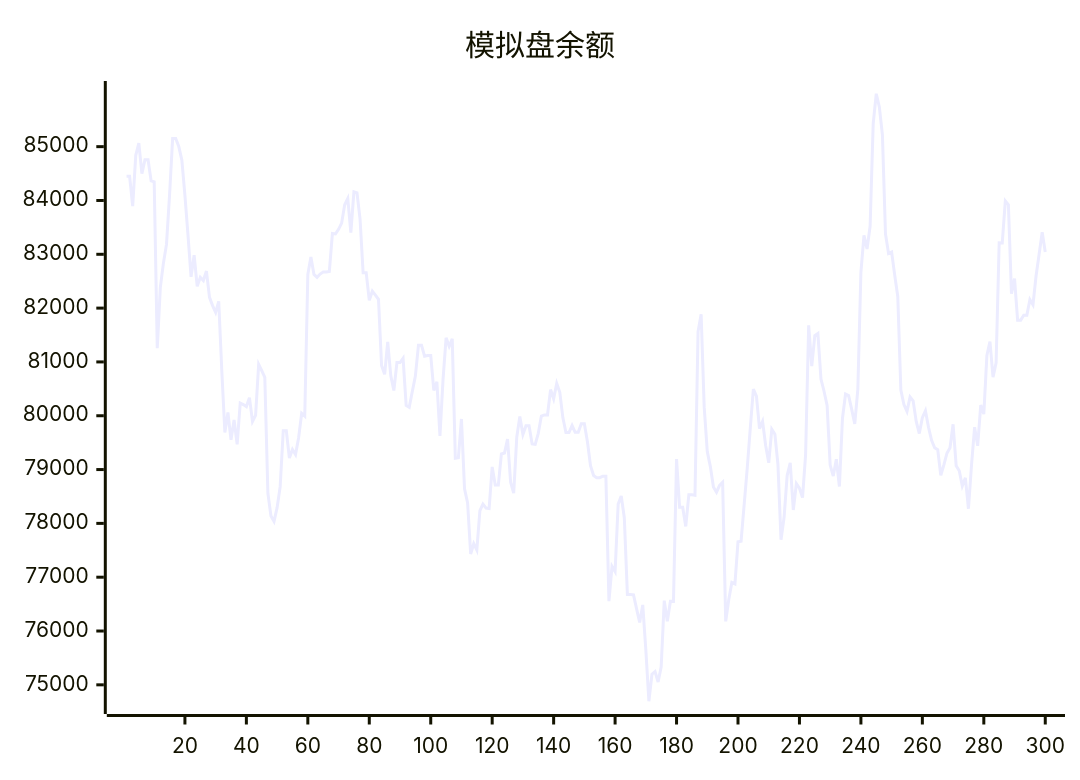
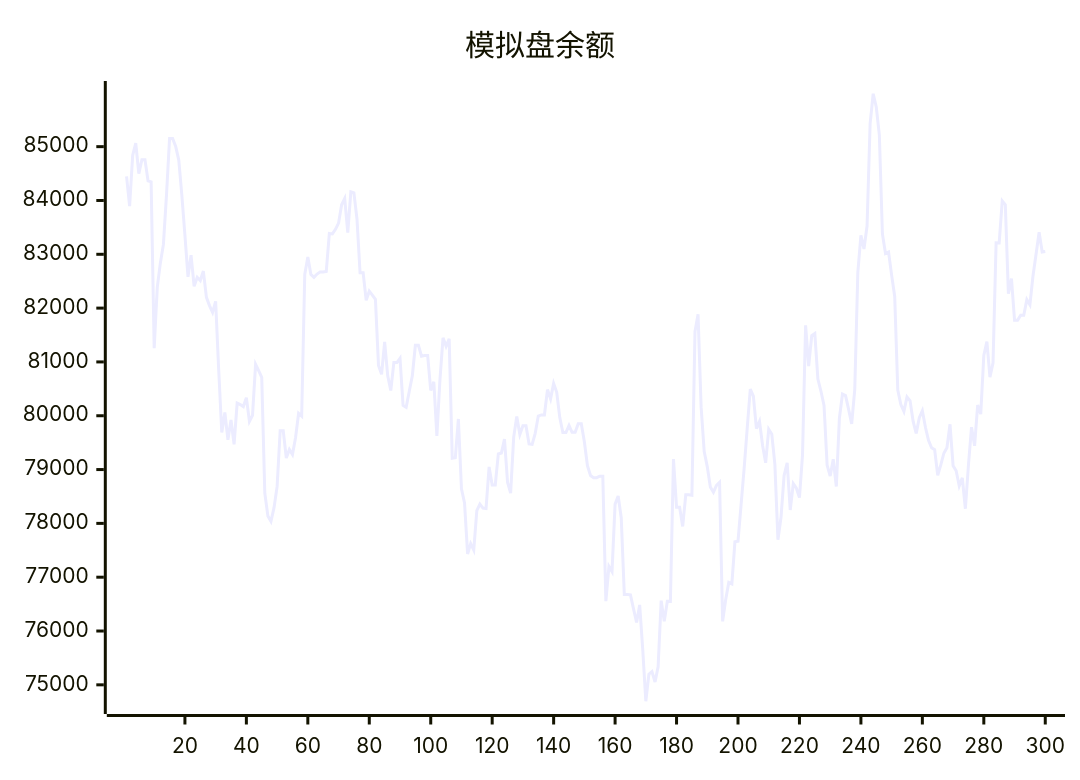
Before and after one commit to aahl/ai-trading: the diagram in README.md, drawn with Mermaid. The commit also changed other lines of this file and 1 other file, not shown here.

````diff
--- a/README.md
+++ b/README.md
@@ -5,5 +5,5 @@
 ```mermaid
 xychart
     title "模拟盘余额"
-    line [84448,84449,83896,84839,85065,84499,84757,84757,84364,84347,81254,82385,82835,83184,84099,85150,85150,85002,84751,84096,83356,82582,82983,82404,82572,82512,82688,82200,82047,81920,82125,80840,79688,80060,79552,79920,79470,80236,80208,80170,80336,79894,80006,80954,80837,80712,78561,78139,78037,78293,78682,79720,79720,79214,79372,79279,79591,80046,79993,82625,82950,82626,82571,82633,82670,82670,82681,83386,83378,83464,83579,83920,84037,83402,84160,84142,83652,82655,82655,82145,82315,82243,82163,80934,80770,81371,80742,80468,80989,80989,81067,80191,80155,80450,80737,81309,81309,81106,81119,81119,80471,80631,79624,80670,81448,81290,81429,79212,79222,79940,78643,78380,77432,77623,77504,78235,78358,78284,78277,79048,78714,78714,79290,79308,79567,78763,78563,79603,79988,79652,79813,79813,79476,79469,79673,79995,80015,80015,80486,80314,80600,80436,79966,79689,79689,79819,79692,79692,79850,79850,79518,79071,78889,78850,78850,78878,78878,76554,77202,77103,78357,78510,78106,76678,76677,76672,76411,76159,76485,75656,74695,75197,75246,75052,75334,76564,76179,76553,76551,79196,78300,78300,77944,78531,78531,78521,81564,81884,80160,79335,79055,78675,78580,78708,78764,76179,76586,76902,76876,77658,77669,78346,79023,79769,80497,80366,79761,79896,79448,79126,79749,79658,79097,77695,78114,78888,79126,78249,78738,78653,78478,79271,81680,80923,81488,81527,80681,80455,80190,79084,78879,79193,78686,79954,80403,80374,80118,79848,80491,82665,83351,83098,83525,85430,85983,85737,85221,83378,83014,83043,82613,82216,80477,80208,80081,80348,80277,79894,79670,79965,80093,79786,79542,79406,79371,78893,79087,79304,79406,79841,79072,78978,78696,78846,78272,79085,79787,79442,80198,80031,81120,81379,80718,80985,83214,83212,83993,83921,82270,82547,81776,81776,81866,81866,82158,82061,82596,83000,83408,83041]
+    line [84449,83896,84839,85065,84499,84757,84757,84364,84347,81254,82385,82835,83184,84099,85150,85150,85002,84751,84096,83356,82582,82983,82404,82572,82512,82688,82200,82047,81920,82125,80840,79688,80060,79552,79920,79470,80236,80208,80170,80336,79894,80006,80954,80837,80712,78561,78139,78037,78293,78682,79720,79720,79214,79372,79279,79591,80046,79993,82625,82950,82626,82571,82633,82670,82670,82681,83386,83378,83464,83579,83920,84037,83402,84160,84142,83652,82655,82655,82145,82315,82243,82163,80934,80770,81371,80742,80468,80989,80989,81067,80191,80155,80450,80737,81309,81309,81106,81119,81119,80471,80631,79624,80670,81448,81290,81429,79212,79222,79940,78643,78380,77432,77623,77504,78235,78358,78284,78277,79048,78714,78714,79290,79308,79567,78763,78563,79603,79988,79652,79813,79813,79476,79469,79673,79995,80015,80015,80486,80314,80600,80436,79966,79689,79689,79819,79692,79692,79850,79850,79518,79071,78889,78850,78850,78878,78878,76554,77202,77103,78357,78510,78106,76678,76677,76672,76411,76159,76485,75656,74695,75197,75246,75052,75334,76564,76179,76553,76551,79196,78300,78300,77944,78531,78531,78521,81564,81884,80160,79335,79055,78675,78580,78708,78764,76179,76586,76902,76876,77658,77669,78346,79023,79769,80497,80366,79761,79896,79448,79126,79749,79658,79097,77695,78114,78888,79126,78249,78738,78653,78478,79271,81680,80923,81488,81527,80681,80455,80190,79084,78879,79193,78686,79954,80403,80374,80118,79848,80491,82665,83351,83098,83525,85430,85983,85737,85221,83378,83014,83043,82613,82216,80477,80208,80081,80348,80277,79894,79670,79965,80093,79786,79542,79406,79371,78893,79087,79304,79406,79841,79072,78978,78696,78846,78272,79085,79787,79442,80198,80031,81120,81379,80718,80985,83214,83212,83993,83921,82270,82547,81776,81776,81866,81866,82158,82061,82596,83000,83408,83041,83050]
 ```
````
